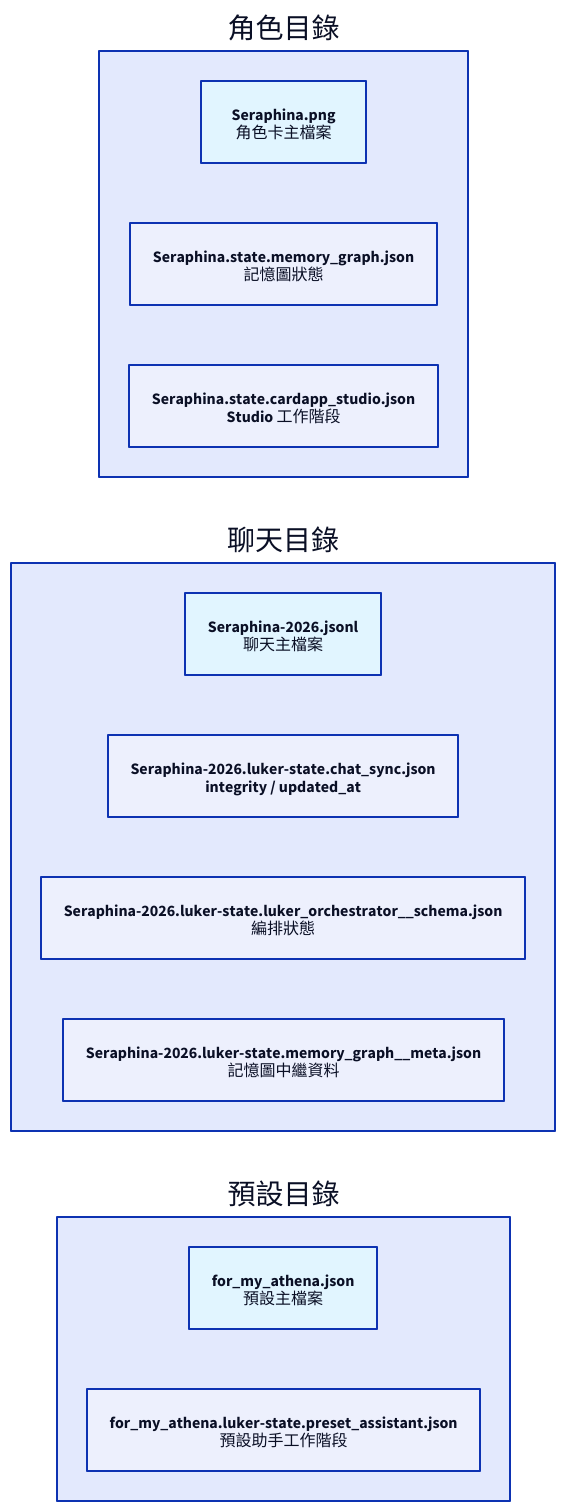
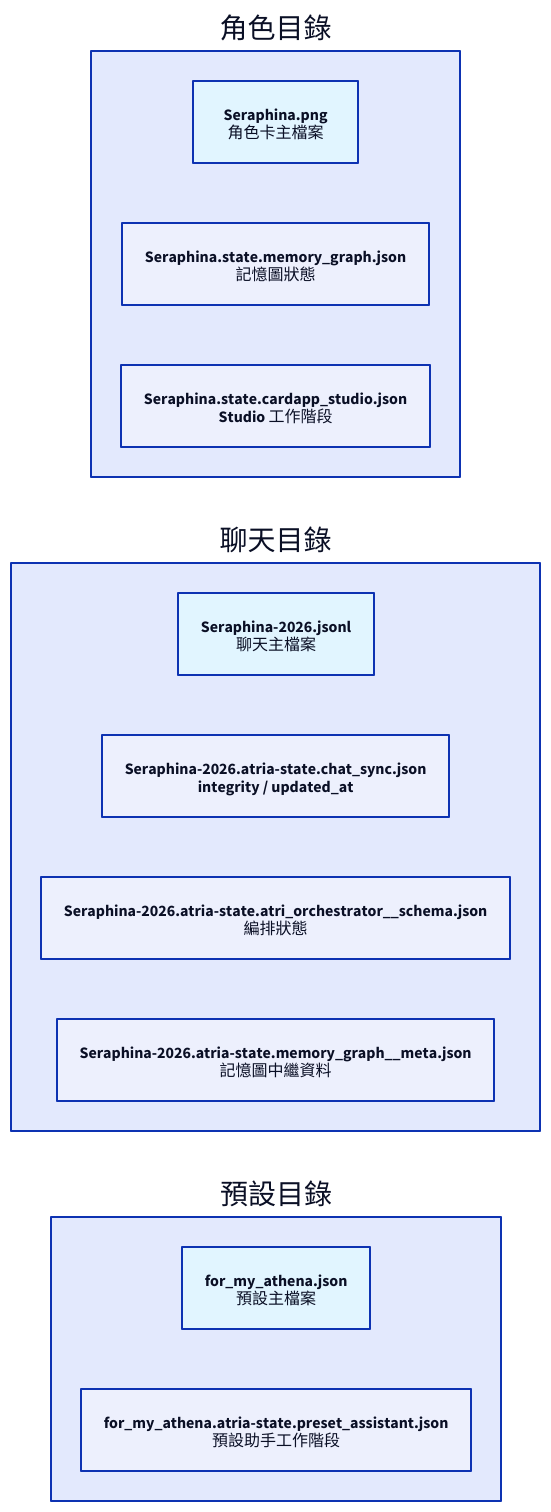
The diagram in docs/zh-TW/features/state-system.md (ZZZdragondYNGPHX/Atria), drawn with D2 before and after one commit. The commit also changed other lines of this file and 1235 other files, not shown here.

````diff
--- a/docs/zh-TW/features/state-system.md
+++ b/docs/zh-TW/features/state-system.md
@@ -56,27 +56,27 @@
 ```d2
 direction: right
 
 CHAR: "角色目錄" {
   CHAR_MAIN: "Seraphina.png\n角色卡主檔案" {
     style.fill: "#e1f5ff"
   }
   CHAR_S1: "Seraphina.state.memory_graph.json\n記憶圖狀態"
   CHAR_S2: "Seraphina.state.cardapp_studio.json\nStudio 工作階段"
 }
 
 CHAT: "聊天目錄" {
   CHAT_MAIN: "Seraphina-2026.jsonl\n聊天主檔案" {
     style.fill: "#e1f5ff"
   }
-  CHAT_S1: "Seraphina-2026.luker-state.chat_sync.json\nintegrity / updated_at"
-  CHAT_S2: "Seraphina-2026.luker-state.luker_orchestrator__schema.json\n編排狀態"
-  CHAT_S3: "Seraphina-2026.luker-state.memory_graph__meta.json\n記憶圖中繼資料"
+  CHAT_S1: "Seraphina-2026.atria-state.chat_sync.json\nintegrity / updated_at"
+  CHAT_S2: "Seraphina-2026.atria-state.atri_orchestrator__schema.json\n編排狀態"
+  CHAT_S3: "Seraphina-2026.atria-state.memory_graph__meta.json\n記憶圖中繼資料"
 }
 
 PRESET: "預設目錄" {
   P_MAIN: "for_my_athena.json\n預設主檔案" {
     style.fill: "#e1f5ff"
   }
-  P_S1: "for_my_athena.luker-state.preset_assistant.json\n預設助手工作階段"
+  P_S1: "for_my_athena.atria-state.preset_assistant.json\n預設助手工作階段"
 }
 ```
````
